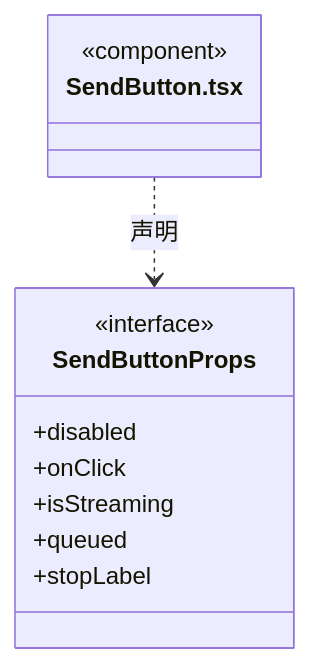
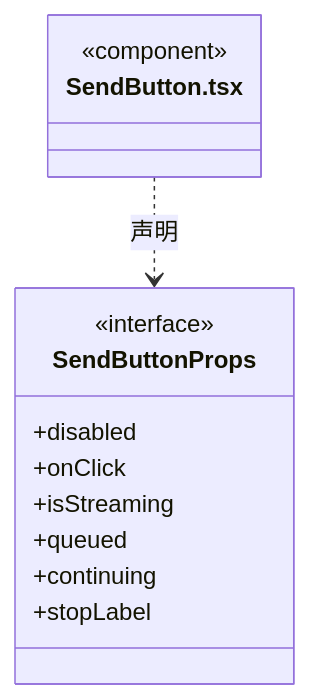
One commit to nan023062/cbim changed diagram 25 of 41 in src/frontend/conversation/ARCHITECTURE.md. Above: the diagram before and after it, drawn with Mermaid. The commit also changed other lines of this file and 14 other files, not shown here.

````diff
--- a/src/frontend/conversation/ARCHITECTURE.md
+++ b/src/frontend/conversation/ARCHITECTURE.md
@@ -364,15 +364,16 @@
 ```mermaid
 classDiagram
 class N_src_frontend_conversation_SendButton_tsx["SendButton.tsx"] {
   <<component>>
 }
 class N_src_frontend_conversation_SendButton_tsx_SendButtonProps["SendButtonProps"] {
   <<interface>>
   +disabled
   +onClick
   +isStreaming
   +queued
+  +continuing
   +stopLabel
 }
 N_src_frontend_conversation_SendButton_tsx ..> N_src_frontend_conversation_SendButton_tsx_SendButtonProps : 声明
 ```
````
